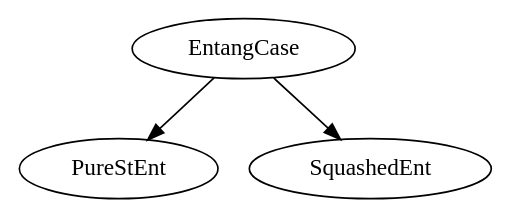
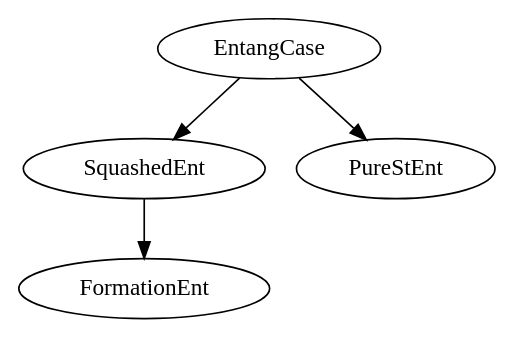
One commit to rrtucci/Entanglish changed the diagram in entanglish/classgraph.dot. Above: the diagram before and after it, drawn with Graphviz. The commit also changed 13 other files, not shown here.

```diff
--- a/entanglish/classgraph.dot
+++ b/entanglish/classgraph.dot
@@ -1,7 +1,9 @@
 strict digraph  {
+SquashedEnt;
+FormationEnt;
 EntangCase;
 PureStEnt;
-SquashedEnt;
+SquashedEnt -> FormationEnt;
 EntangCase -> PureStEnt;
 EntangCase -> SquashedEnt;
 }
```
